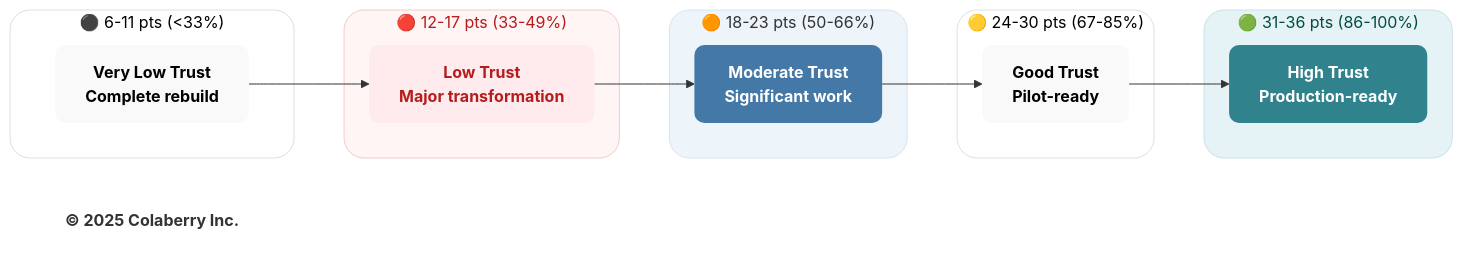
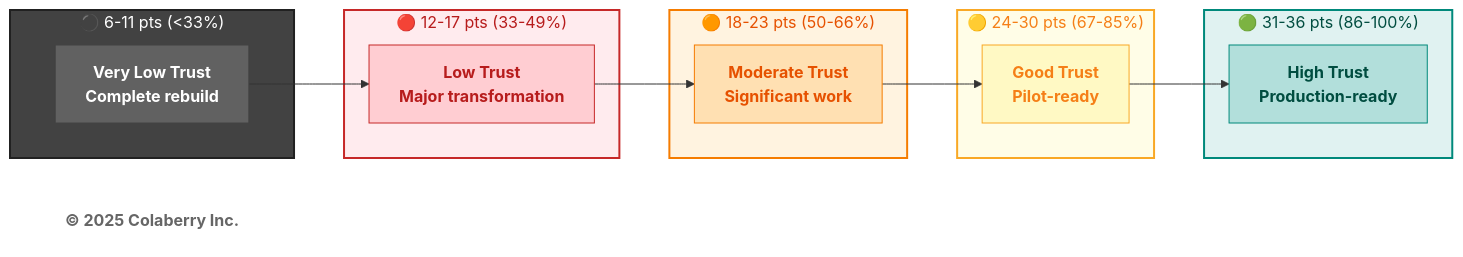
One commit to saitejesh-cyber/trust-before-intelligence-book changed the third of 6 diagrams in manuscript/10_chapter_9_measuring_agent_readiness.md. Above: the diagram before and after it, drawn with Mermaid. The commit also changed other lines of this file and 12 other files, not shown here.

Commit message:
Restore legacy Mermaid styles for Option 1

````diff
--- a/manuscript/10_chapter_9_measuring_agent_readiness.md
+++ b/manuscript/10_chapter_9_measuring_agent_readiness.md
@@ -185,38 +185,38 @@
 ```mermaid
 graph LR
     subgraph VERYLOW["⚫ 6-11 pts (<33%)"]
         VL["<b>Very Low Trust</b><br/><b>Complete rebuild</b>"]
     end
     
     subgraph LOW["🔴 12-17 pts (33-49%)"]
         L["<b>Low Trust</b><br/><b>Major transformation</b>"]
     end
     
     subgraph MOD["🟠 18-23 pts (50-66%)"]
         M["<b>Moderate Trust</b><br/><b>Significant work</b>"]
     end
     
     subgraph GOOD["🟡 24-30 pts (67-85%)"]
         G["<b>Good Trust</b><br/><b>Pilot-ready</b>"]
     end
     
     subgraph HIGH["🟢 31-36 pts (86-100%)"]
         H["<b>High Trust</b><br/><b>Production-ready</b>"]
     end
     
     VL --> L --> M --> G --> H
     
     Copyright["<b>© 2025 Colaberry Inc.</b>"]
     
-    style VERYLOW fill:#ffffff,stroke:#e0e0e0,stroke-width:1px,color:#000000,rx:20,ry:20
-    style LOW fill:#fff5f5,stroke:#f2caca,stroke-width:1px,color:#b71c1c,rx:20,ry:20
-    style MOD fill:#edf4fa,stroke:#d6e4f2,stroke-width:1px,color:#333333,rx:20,ry:20
-    style GOOD fill:#ffffff,stroke:#e0e0e0,stroke-width:1px,color:#000000,rx:20,ry:20
-    style HIGH fill:#e6f3f6,stroke:#c7e3ea,stroke-width:1px,color:#004d40,rx:20,ry:20
-    style VL fill:#f9f9f9,stroke:none,color:#000000,rx:10,ry:10
-    style L fill:#ffebee,stroke:none,color:#b71c1c,rx:10,ry:10
-    style M fill:#4478A6,stroke:none,color:#ffffff,rx:10,ry:10
-    style G fill:#f9f9f9,stroke:none,color:#000000,rx:10,ry:10
-    style H fill:#30838C,stroke:none,color:#ffffff,rx:10,ry:10
-    style Copyright fill:none,stroke:none,color:#333333
+    style VERYLOW fill:#424242,stroke:#212121,stroke-width:2px,color:#ffffff
+    style LOW fill:#ffebee,stroke:#c62828,stroke-width:2px,color:#b71c1c
+    style MOD fill:#fff3e0,stroke:#f57c00,stroke-width:2px,color:#e65100
+    style GOOD fill:#fffde7,stroke:#f9a825,stroke-width:2px,color:#f57f17
+    style HIGH fill:#e0f2f1,stroke:#00897b,stroke-width:2px,color:#004d40
+    style VL fill:#616161,stroke:#424242,color:#ffffff
+    style L fill:#ffcdd2,stroke:#c62828,color:#b71c1c
+    style M fill:#ffe0b2,stroke:#f57c00,color:#e65100
+    style G fill:#fff9c4,stroke:#f9a825,color:#f57f17
+    style H fill:#b2dfdb,stroke:#00897b,color:#004d40
+    style Copyright fill:#ffffff,stroke:none,color:#666666
 ```
````
